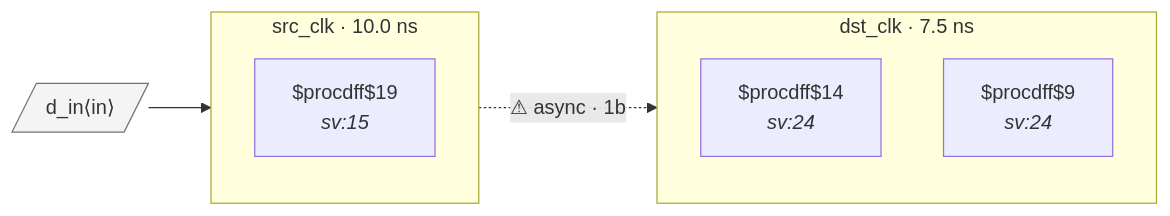
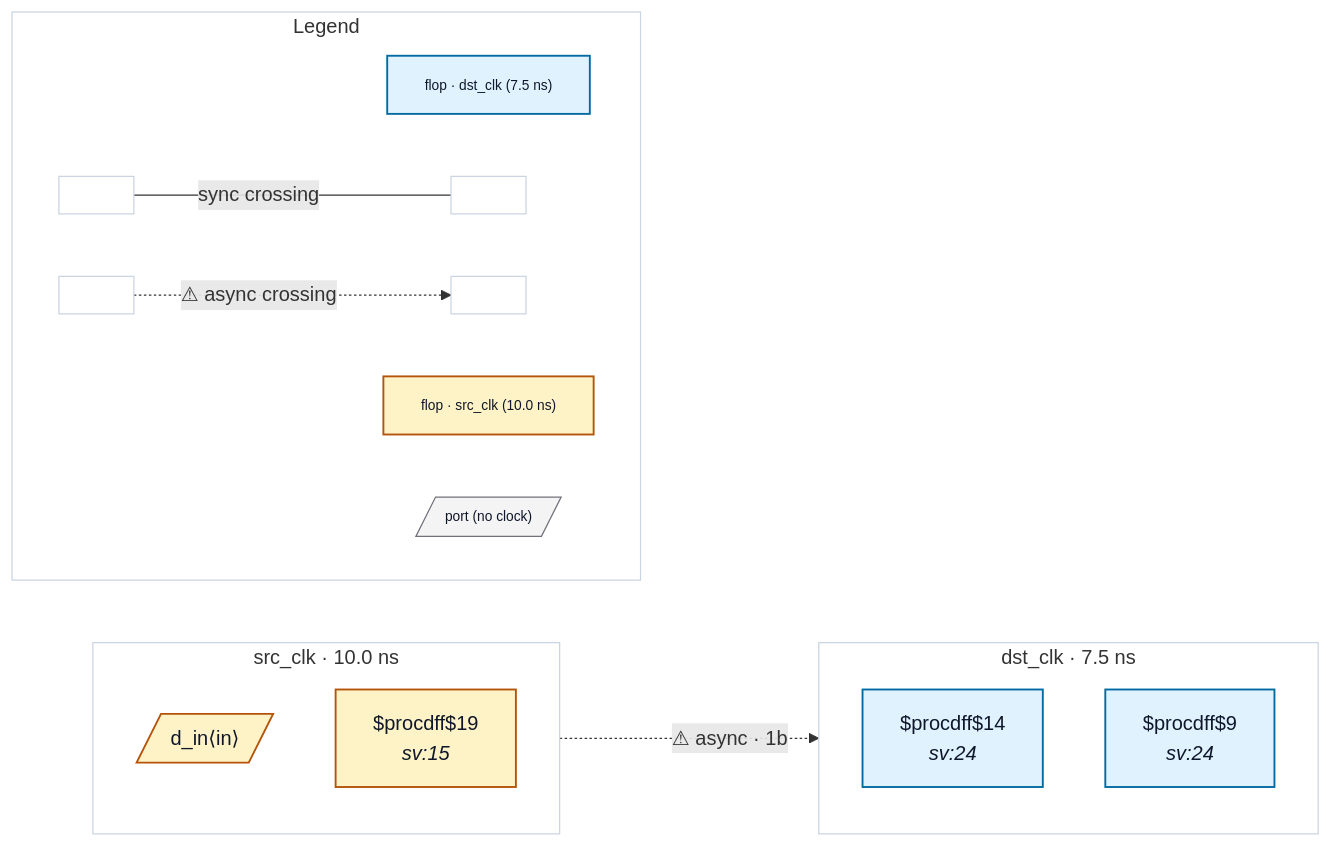
Before and after one commit to rtl-buddy/rtl-buddy-cdc: the diagram in tests/fixtures/marked_user_sync/README.md, drawn with Mermaid. The commit also changed 71 other files, not shown here.

First line of the commit message:
Refresh fixture READMEs + render iterations (colors, legend, nested ports, clock-net edges)

````diff
--- a/tests/fixtures/marked_user_sync/README.md
+++ b/tests/fixtures/marked_user_sync/README.md
@@ -14,17 +14,41 @@
 ```mermaid
 %% marked_user_sync — generated by rtl-buddy-cdc render
 flowchart LR
   subgraph clk_dst_clk["dst_clk · 7.5 ns"]
     direction TB
-    f_437a2e8e["$procdff$14<br/><i>sv:24</i>"]
-    f_1f30de97["$procdff$9<br/><i>sv:24</i>"]
+    f_437a2e8e["$procdff$14<br/><i>sv:24</i>"]:::ckcls_dst_clk
+    f_1f30de97["$procdff$9<br/><i>sv:24</i>"]:::ckcls_dst_clk
   end
   subgraph clk_src_clk["src_clk · 10.0 ns"]
     direction TB
-    f_8d1f072b["$procdff$19<br/><i>sv:15</i>"]
+    p_in_d_in[/"d_in⟨in⟩"/]:::ckcls_src_clk
+    f_8d1f072b["$procdff$19<br/><i>sv:15</i>"]:::ckcls_src_clk
   end
-  p_in_d_in[/"d_in⟨in⟩"/]:::port
-  p_in_d_in --> f_8d1f072b
   f_8d1f072b -. "⚠ async · 1b" .-> f_1f30de97
-  classDef port fill:#f4f4f5,stroke:#71717a
+  subgraph rb_legend["Legend"]
+    direction LR
+    lg_clk_dst_clk["flop · dst_clk (7.5 ns)"]:::ckcls_dst_clk
+    lg_clk_src_clk["flop · src_clk (10.0 ns)"]:::ckcls_src_clk
+    lg_port[/"port (no clock)"/]:::port_unassigned
+    lg_sync_a[" "]:::ckcls_legend_neutral
+    lg_sync_b[" "]:::ckcls_legend_neutral
+    lg_async_a[" "]:::ckcls_legend_neutral
+    lg_async_b[" "]:::ckcls_legend_neutral
+    lg_sync_a --- |"sync crossing"| lg_sync_b
+    lg_async_a -. "⚠ async crossing" .-> lg_async_b
+  end
+  style clk_dst_clk fill:none,stroke:#cbd5e1
+  style clk_src_clk fill:none,stroke:#cbd5e1
+  style rb_legend fill:none,stroke:#cbd5e1
+  style lg_clk_dst_clk font-size:11px
+  style lg_clk_src_clk font-size:11px
+  style lg_port font-size:11px
+  style lg_sync_a font-size:11px
+  style lg_sync_b font-size:11px
+  style lg_async_a font-size:11px
+  style lg_async_b font-size:11px
+  classDef ckcls_dst_clk fill:#e0f2fe,stroke:#0369a1,stroke-width:1.5px,color:#0f172a
+  classDef ckcls_src_clk fill:#fef3c7,stroke:#b45309,stroke-width:1.5px,color:#0f172a
+  classDef port_unassigned fill:#f4f4f5,stroke:#71717a,color:#0f172a
+  classDef ckcls_legend_neutral fill:#ffffff,stroke:#cbd5e1,stroke-width:1px,color:#0f172a
 ```
````
